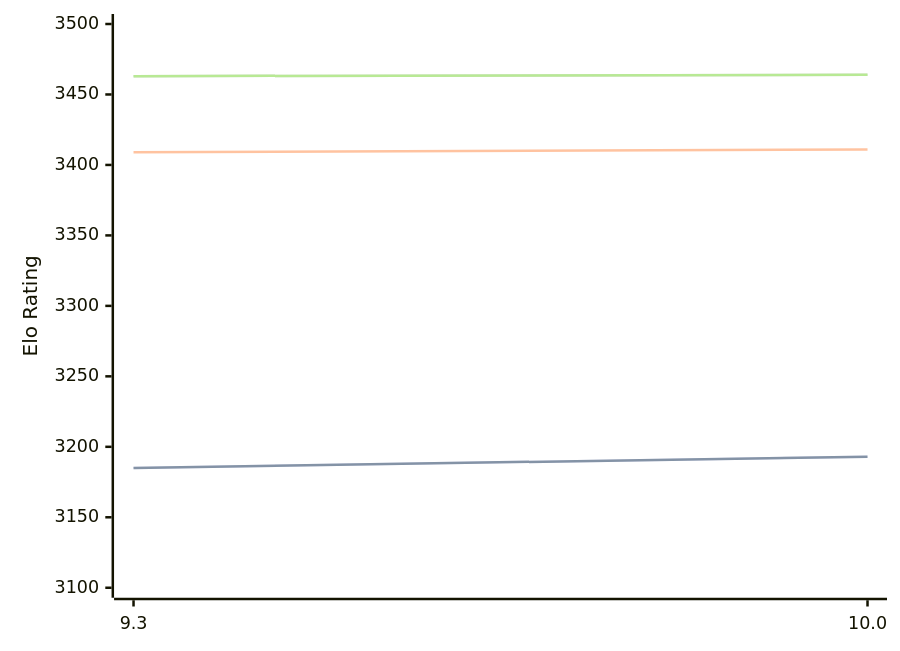
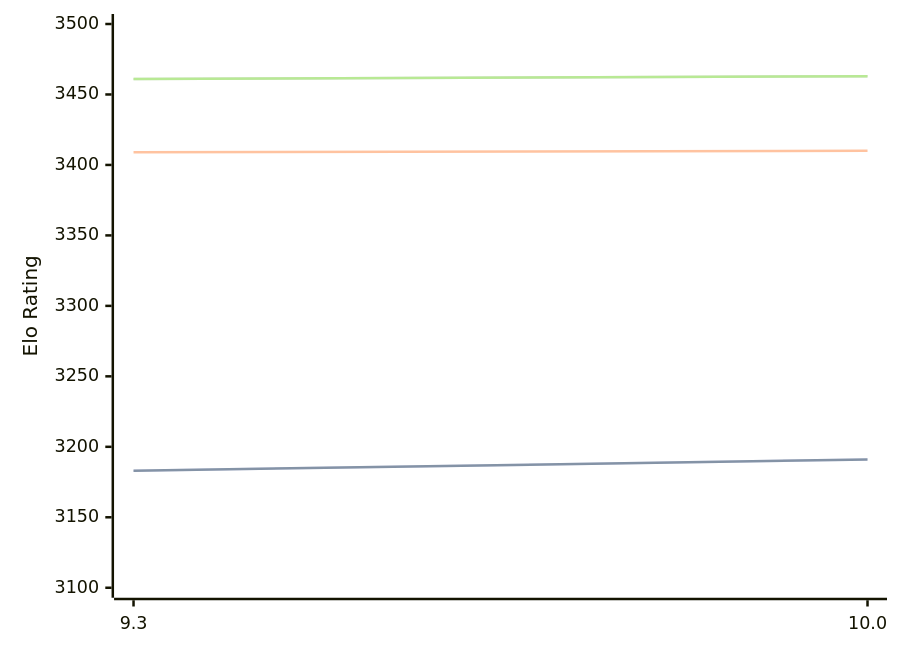
The diagram in engines/Fire.md (computer-chess-index/cci), drawn with Mermaid before and after one commit. The commit also changed other lines of this file, not shown here.

Commit message:
Update CCI Ratings (ELO VLTC) - 2026-04-26

````diff
--- a/engines/Fire.md
+++ b/engines/Fire.md
@@ -47,11 +47,11 @@
 ```mermaid
 %%{init: {"theme":"base","themeVariables":{"seriesColors:['#a3a3a3','#222221','#faa371']}}}%%
 xychart-beta
   x-axis ["9.3", "10.0"]
   y-axis "Elo Rating" 3100 --> 3500
-  line "STC (8.0+0.08s)" [3185, 3193]
-  line "STC (8.0+0.08s)" [3185, 3193]
-  line "LTC (60.0+0.60s)" [3409, 3411]
-  line "VLTC (2m24s+1.12s)" [3463, 3464]
-  line "VLTC (2m24s+1.12s)" [3463, 3464]
+  line "STC (8.0+0.08s)" [3183, 3191]
+  line "STC (8.0+0.08s)" [3183, 3191]
+  line "LTC (60.0+0.60s)" [3409, 3410]
+  line "VLTC (2m24s+1.12s)" [3461, 3463]
+  line "VLTC (2m24s+1.12s)" [3461, 3463]
 ```
````
